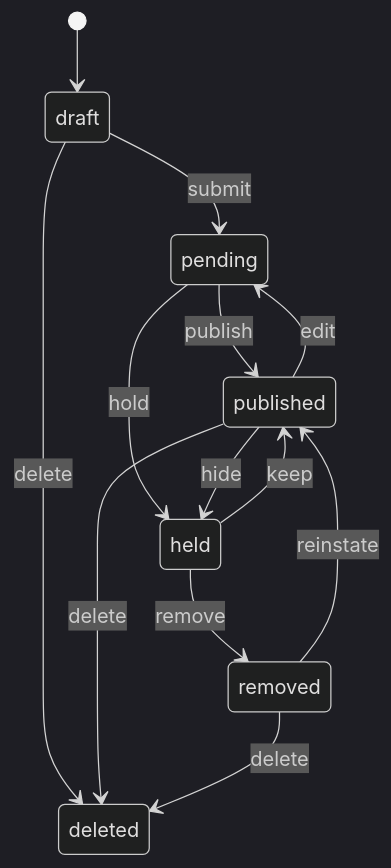
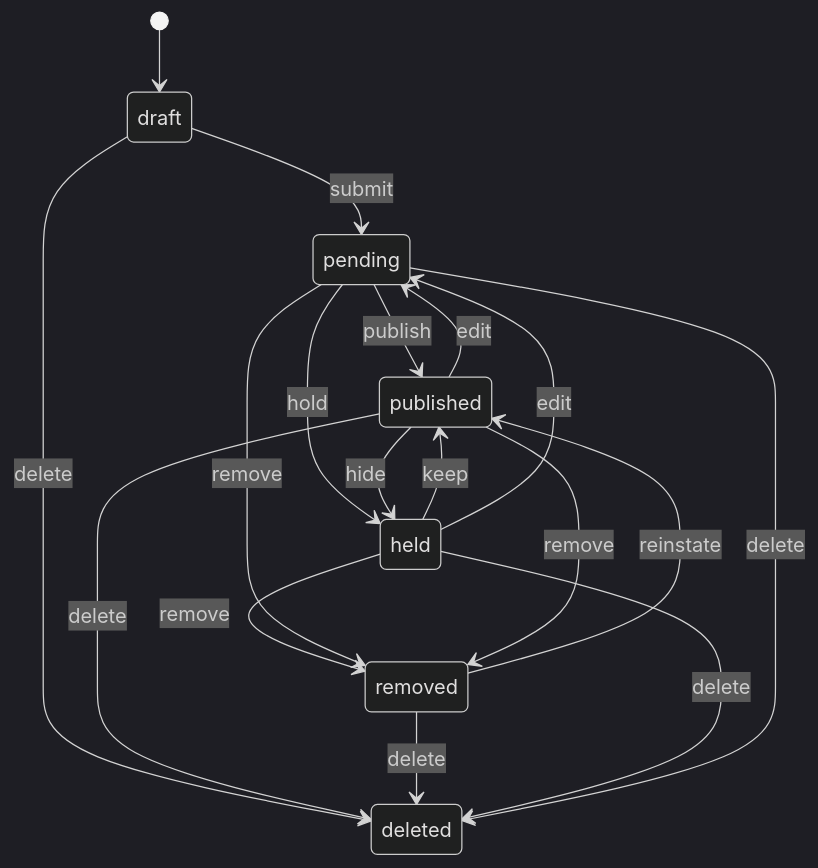
The second of 7 diagrams in backend/src/modules/reviews/README.md (Virus-777/ecommerce), drawn with Mermaid (dark theme) before and after one commit. The commit also changed other lines of this file and 66 other files, not shown here.

````diff
--- a/backend/src/modules/reviews/README.md
+++ b/backend/src/modules/reviews/README.md
@@ -621,15 +643,20 @@
 ```mermaid
 stateDiagram-v2
   [*] --> draft
   draft --> pending: submit
   draft --> deleted: delete
   pending --> published: publish
   pending --> held: hold
   published --> held: hide
   held --> published: keep
   held --> removed: remove
   published --> pending: edit
   removed --> published: reinstate
   published --> deleted: delete
   removed --> deleted: delete
+  pending --> removed: remove
+  published --> removed: remove
+  held --> pending: edit
+  held --> deleted: delete
+  pending --> deleted: delete
 ```
````
